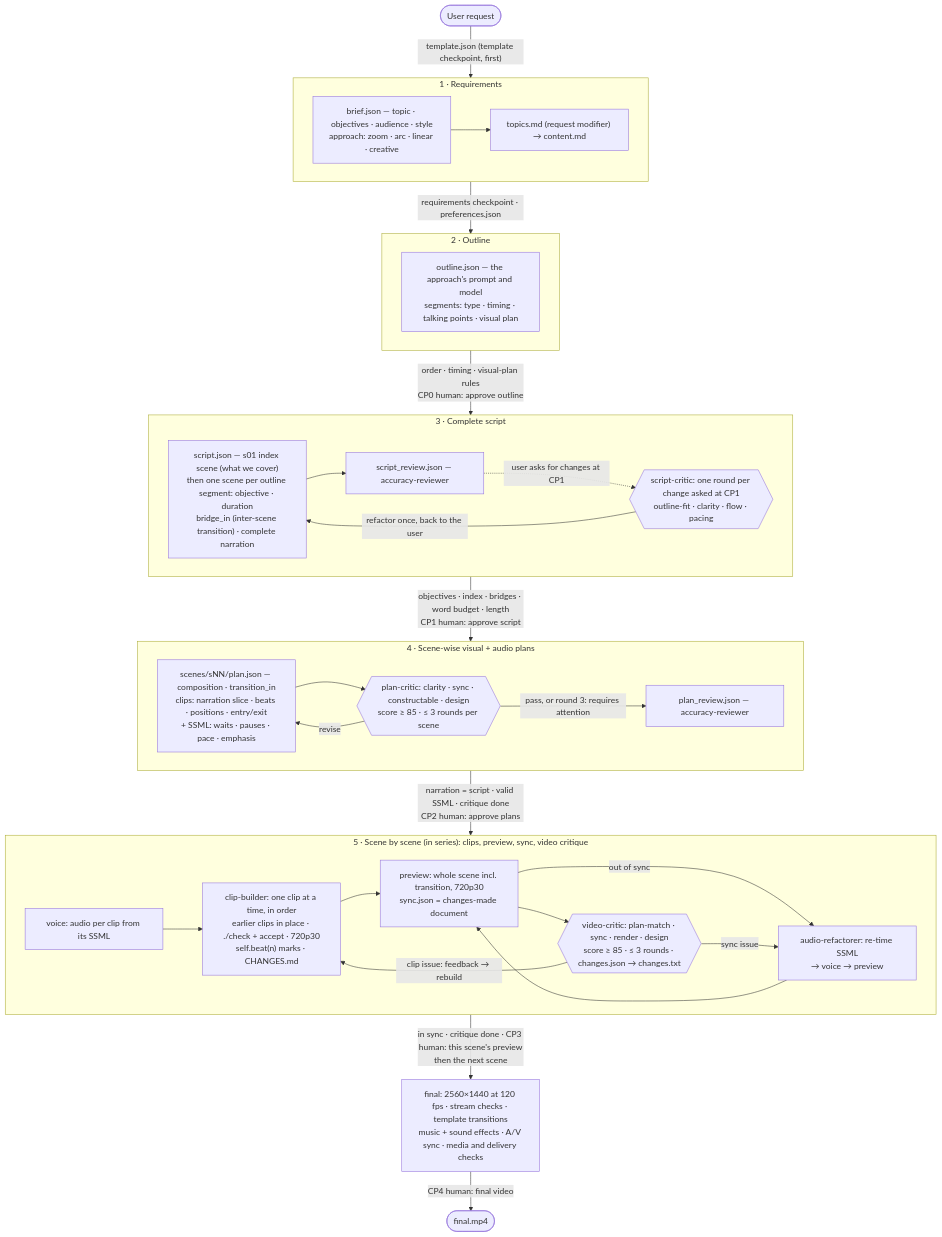
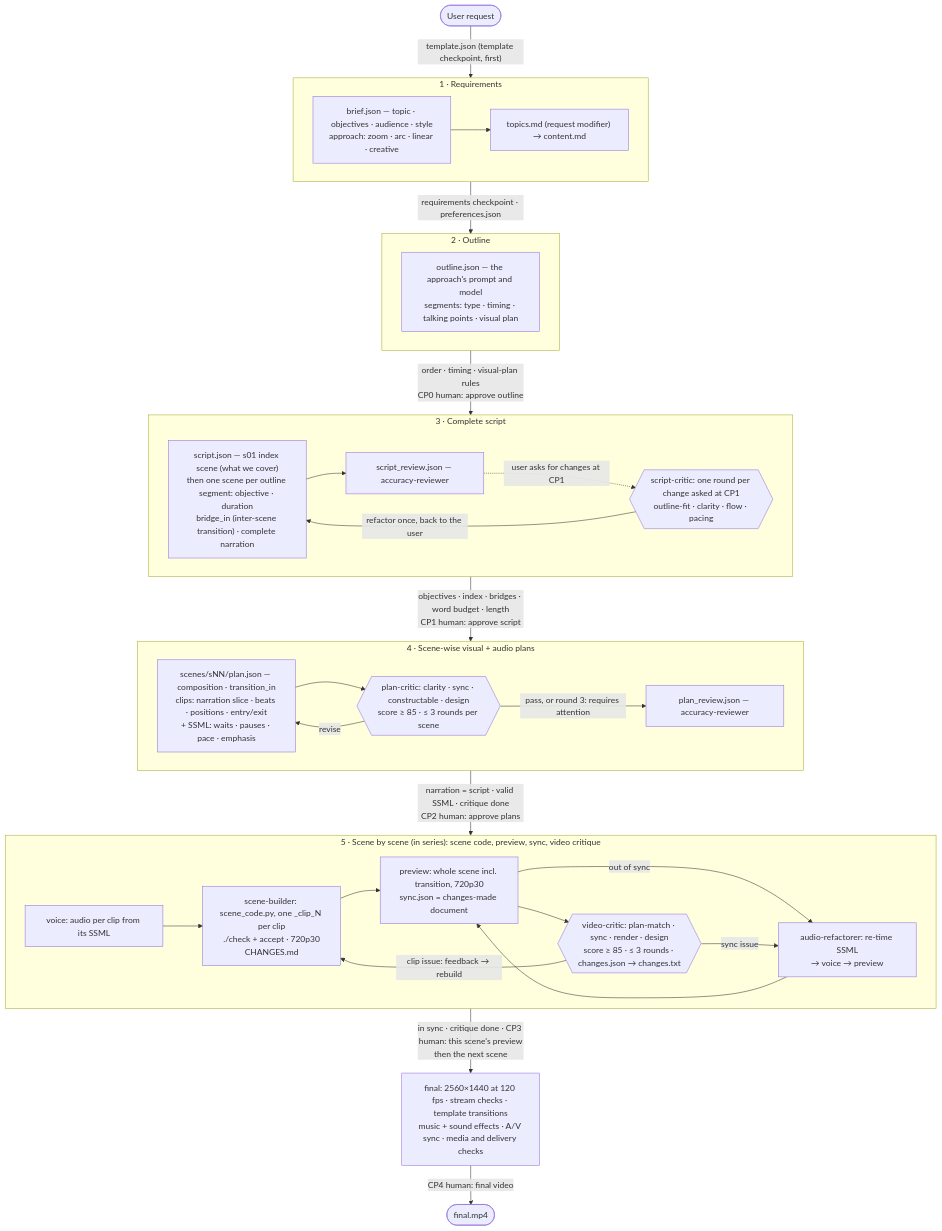
Before and after one commit to GARV-PATEL-11/Text-2-Shorts: the diagram in README.md, drawn with Mermaid. The commit also changed other lines of this file and 257 other files, not shown here.

First line of the commit message:
Faraday 0.26–0.32: homepage, usage limits, templates in backend, codegen per scene

````diff
--- a/README.md
+++ b/README.md
@@ -59,42 +59,42 @@
 ```mermaid
 flowchart TD
     U(["User request"]) -->|"template.json (template checkpoint, first)"| R
     subgraph R["1 · Requirements"]
         B["brief.json — topic · objectives · audience · style<br/>approach: zoom · arc · linear · creative"]
         T["topics.md (request modifier) → content.md"]
         B --> T
     end
     R -->|"requirements checkpoint · preferences.json"| O
     subgraph O["2 · Outline"]
         OL["outline.json — the approach's prompt and model<br/>segments: type · timing · talking points · visual plan"]
     end
     O -->|"order · timing · visual-plan rules<br/>CP0 human: approve outline"| S
     subgraph S["3 · Complete script"]
         SC["script.json — s01 index scene (what we cover)<br/>then one scene per outline segment: objective · duration<br/>bridge_in (inter-scene transition) · complete narration"]
         SK{{"script-critic: one round per change asked at CP1<br/>outline-fit · clarity · flow · pacing"}}
         SR["script_review.json — accuracy-reviewer"]
         SC --> SR
         SR -.->|"user asks for changes at CP1"| SK
         SK -->|"refactor once, back to the user"| SC
     end
     S -->|"objectives · index · bridges · word budget · length<br/>CP1 human: approve script"| P
     subgraph P["4 · Scene-wise visual + audio plans"]
         PL["scenes/sNN/plan.json — composition · transition_in<br/>clips: narration slice · beats · positions · entry/exit<br/>+ SSML: waits · pauses · pace · emphasis"]
         PC{{"plan-critic: clarity · sync · constructable · design<br/>score ≥ 85 · ≤ 3 rounds per scene"}}
         PL --> PC -->|revise| PL
         PR["plan_review.json — accuracy-reviewer"]
         PC -->|"pass, or round 3: requires attention"| PR
     end
     P -->|"narration = script · valid SSML · critique done<br/>CP2 human: approve plans"| C
-    subgraph C["5 · Scene by scene (in series): clips, preview, sync, video critique"]
-        V["voice: audio per clip from its SSML"] --> K["clip-builder: one clip at a time, in order<br/>earlier clips in place · ./check + accept · 720p30<br/>self.beat(n) marks · CHANGES.md"]
+    subgraph C["5 · Scene by scene (in series): scene code, preview, sync, video critique"]
+        V["voice: audio per clip from its SSML"] --> K["scene-builder: scene_code.py, one _clip_N per clip<br/>./check + accept · 720p30<br/>CHANGES.md"]
         K --> PV["preview: whole scene incl. transition, 720p30<br/>sync.json = changes-made document"]
         PV -->|out of sync| AR["audio-refactorer: re-time SSML<br/>→ voice → preview"]
         AR --> PV
         PV --> VC{{"video-critic: plan-match · sync · render · design<br/>score ≥ 85 · ≤ 3 rounds · changes.json → changes.txt"}}
         VC -->|"sync issue"| AR
         VC -->|"clip issue: feedback → rebuild"| K
     end
     C -->|"in sync · critique done · CP3 human: this scene's preview<br/>then the next scene"| F["final: 2560×1440 at 120 fps · stream checks · template transitions<br/>music + sound effects · A/V sync · media and delivery checks"]
     F -->|"CP4 human: final video"| D(["final.mp4"])
 ```
````
